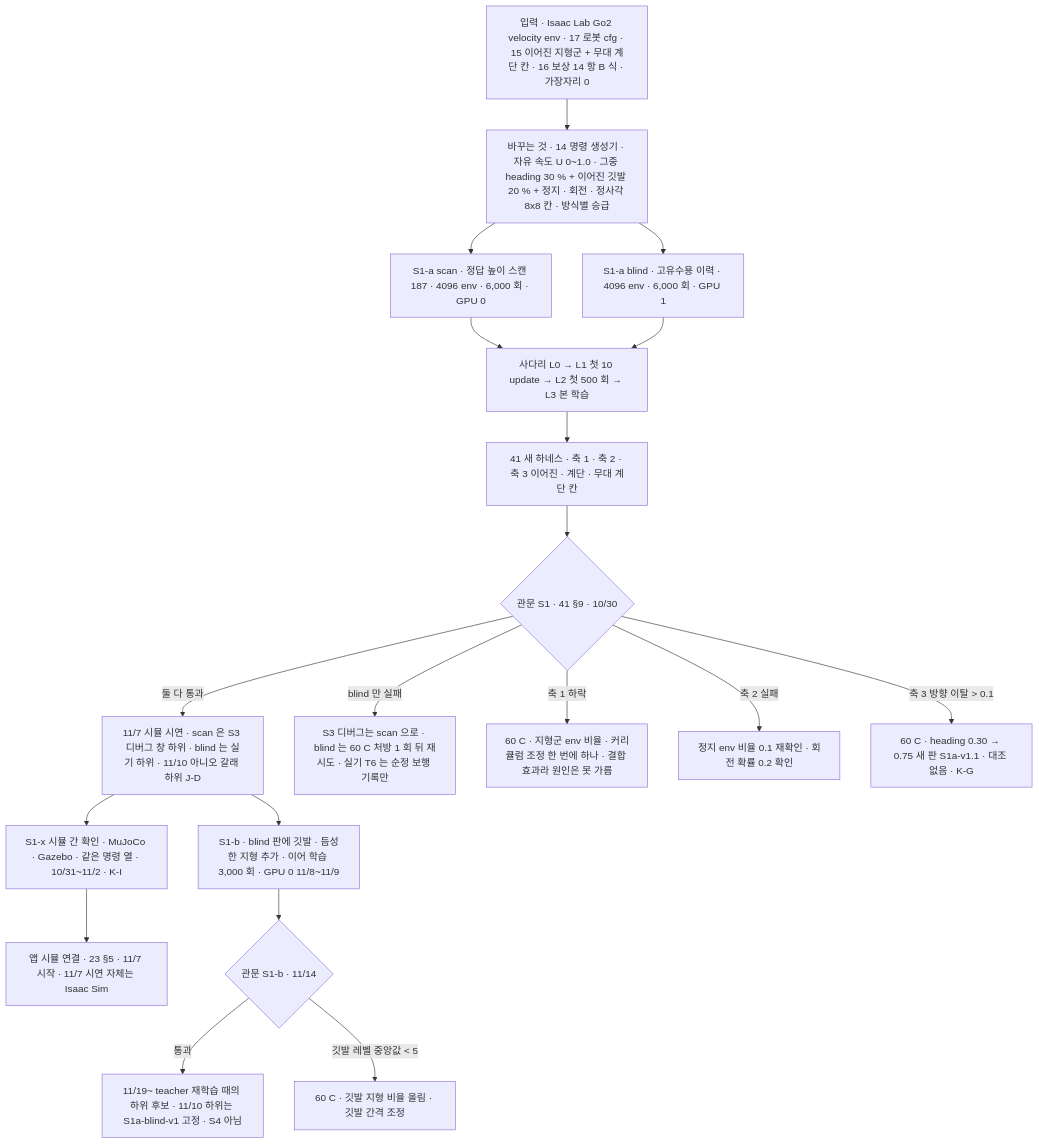
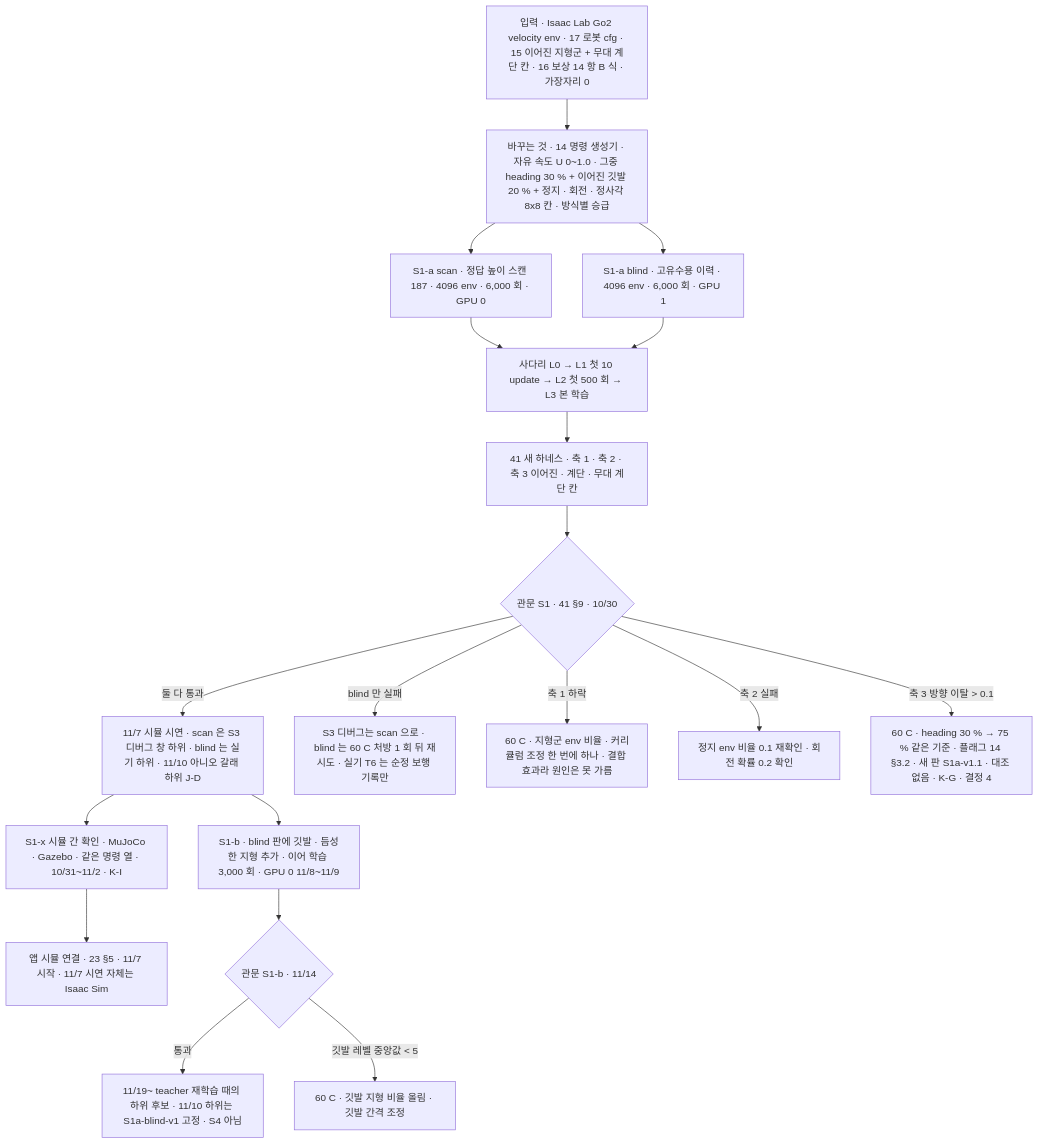
The diagram in inbox/jay/20261019-design/52-S1-OPEN-COMMAND.md (foothold-project/foothold-lab), drawn with Mermaid before and after one commit. The commit also changed other lines of this file and 19 other files, not shown here.

````diff
--- a/inbox/jay/20261019-design/52-S1-OPEN-COMMAND.md
+++ b/inbox/jay/20261019-design/52-S1-OPEN-COMMAND.md
@@ -15,21 +15,21 @@
 ```mermaid
 flowchart TB
   IN[입력 · Isaac Lab Go2 velocity env · 17 로봇 cfg · 15 이어진 지형군 + 무대 계단 칸 · 16 보상 14 항 B 식 · 가장자리 0] --> CH[바꾸는 것 · 14 명령 생성기 · 자유 속도 U 0~1.0 · 그중 heading 30 % + 이어진 깃발 20 % + 정지 · 회전 · 정사각 8x8 칸 · 방식별 승급]
   CH --> V1[S1-a scan · 정답 높이 스캔 187 · 4096 env · 6,000 회 · GPU 0]
   CH --> V2[S1-a blind · 고유수용 이력 · 4096 env · 6,000 회 · GPU 1]
   V1 --> L[사다리 L0 → L1 첫 10 update → L2 첫 500 회 → L3 본 학습]
   V2 --> L
   L --> EV[41 새 하네스 · 축 1 · 축 2 · 축 3 이어진 · 계단 · 무대 계단 칸]
   EV --> G{관문 S1 · 41 §9 · 10/30}
   G -->|둘 다 통과| N1[11/7 시뮬 시연 · scan 은 S3 디버그 창 하위 · blind 는 실기 하위 · 11/10 아니오 갈래 하위 J-D]
   G -->|blind 만 실패| N2[S3 디버그는 scan 으로 · blind 는 60 C 처방 1 회 뒤 재시도 · 실기 T6 는 순정 보행 기록만]
   G -->|축 1 하락| C[60 C · 지형군 env 비율 · 커리큘럼 조정 한 번에 하나 · 결합 효과라 원인은 못 가름]
   G -->|축 2 실패| C2[정지 env 비율 0.1 재확인 · 회전 확률 0.2 확인]
-  G -->|축 3 방향 이탈 > 0.1| CH2[60 C · heading 0.30 → 0.75 새 판 S1a-v1.1 · 대조 없음 · K-G]
+  G -->|축 3 방향 이탈 > 0.1| CH2[60 C · heading 30 % → 75 % 같은 기준 · 플래그 14 §3.2 · 새 판 S1a-v1.1 · 대조 없음 · K-G · 결정 4]
   N1 --> X[S1-x 시뮬 간 확인 · MuJoCo · Gazebo · 같은 명령 열 · 10/31~11/2 · K-I]
   X --> APPS[앱 시뮬 연결 · 23 §5 · 11/7 시작 · 11/7 시연 자체는 Isaac Sim]
   N1 --> B[S1-b · blind 판에 깃발 · 듬성한 지형 추가 · 이어 학습 3,000 회 · GPU 0 11/8~11/9]
   B --> GB{관문 S1-b · 11/14}
   GB -->|통과| S3L[11/19~ teacher 재학습 때의 하위 후보 · 11/10 하위는 S1a-blind-v1 고정 · S4 아님]
   GB -->|깃발 레벨 중앙값 < 5| CB[60 C · 깃발 지형 비율 올림 · 깃발 간격 조정]
 ```
````
